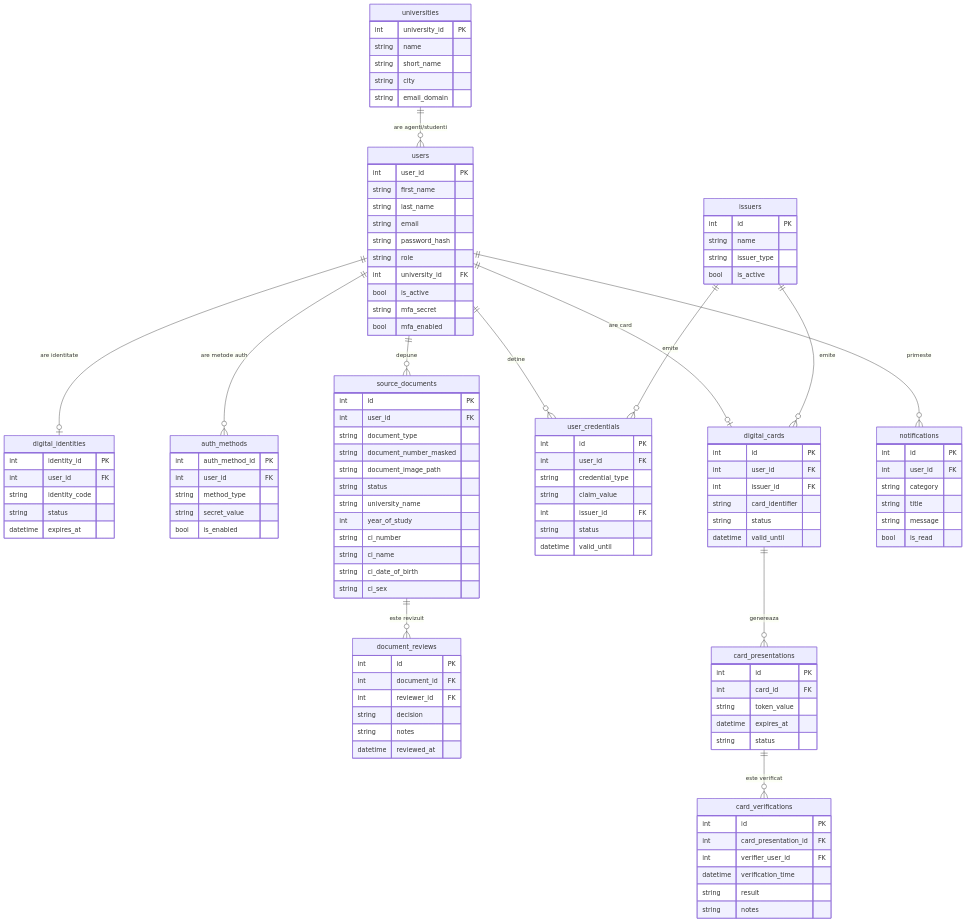
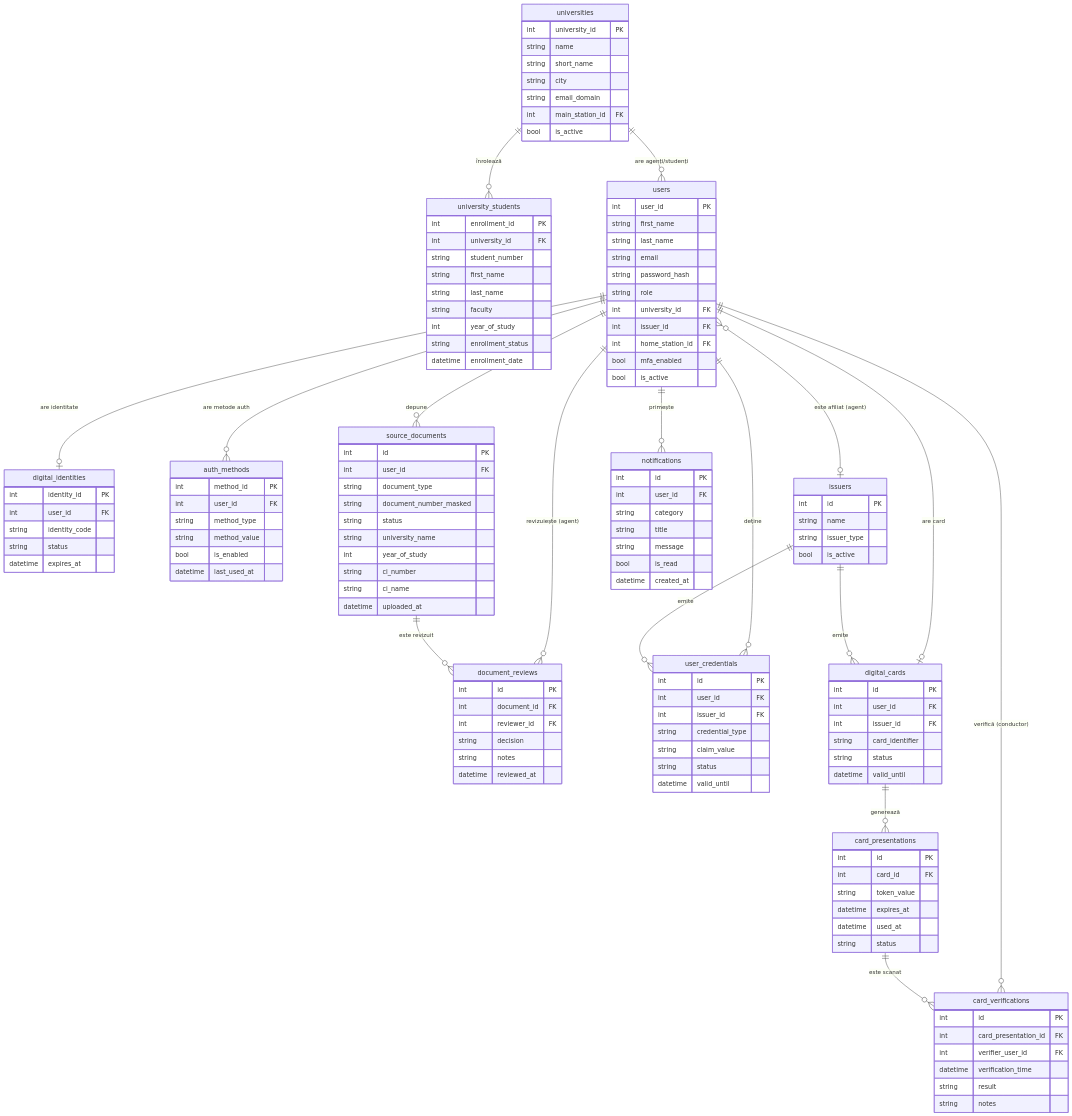
The second of 5 diagrams in docs/er-diagram.md (anaobreja/LICENTA), drawn with Mermaid before and after one commit. The commit also changed other lines of this file and 4 other files, not shown here.

First line of the commit message:
docs: complete overhaul of diagrams to match real schema (25 tables, 4 modules)

````diff
--- a/docs/er-diagram.md
+++ b/docs/er-diagram.md
@@ -10,6 +63,20 @@
         string short_name
         string city
         string email_domain
+        int main_station_id FK
+        bool is_active
+    }
+
+    university_students {
+        int enrollment_id PK
+        int university_id FK
+        string student_number
+        string first_name
+        string last_name
+        string faculty
+        int year_of_study
+        string enrollment_status
+        datetime enrollment_date
     }
 
     users {
@@ -20,9 +87,10 @@
         string password_hash
         string role
         int university_id FK
+        int issuer_id FK
+        int home_station_id FK
+        bool mfa_enabled
         bool is_active
-        string mfa_secret
-        bool mfa_enabled
     }
 
     digital_identities {
@@ -34,11 +102,19 @@
     }
 
     auth_methods {
-        int auth_method_id PK
+        int method_id PK
         int user_id FK
         string method_type
-        string secret_value
+        string method_value
         bool is_enabled
+        datetime last_used_at
+    }
+
+    issuers {
+        int id PK
+        string name
+        string issuer_type
+        bool is_active
     }
 
     source_documents {
@@ -46,14 +122,12 @@
         int user_id FK
         string document_type
         string document_number_masked
-        string document_image_path
         string status
         string university_name
         int year_of_study
         string ci_number
         string ci_name
-        string ci_date_of_birth
-        string ci_sex
+        datetime uploaded_at
     }
 
     document_reviews {
@@ -65,19 +139,12 @@
         datetime reviewed_at
     }
 
-    issuers {
-        int id PK
-        string name
-        string issuer_type
-        bool is_active
-    }
-
     user_credentials {
         int id PK
         int user_id FK
+        int issuer_id FK
         string credential_type
         string claim_value
-        int issuer_id FK
         string status
         datetime valid_until
     }
@@ -96,6 +163,7 @@
         int card_id FK
         string token_value
         datetime expires_at
+        datetime used_at
         string status
     }
 
@@ -115,18 +183,23 @@
         string title
         string message
         bool is_read
+        datetime created_at
     }
 
-    universities ||--o{ users : "are agenti/studenti"
+    universities ||--o{ university_students : "înrolează"
+    universities ||--o{ users : "are agenți/studenți"
     users ||--o| digital_identities : "are identitate"
     users ||--o{ auth_methods : "are metode auth"
     users ||--o{ source_documents : "depune"
-    users ||--o{ user_credentials : "detine"
+    users ||--o{ document_reviews : "revizuiește (agent)"
+    users ||--o{ user_credentials : "deține"
     users ||--o| digital_cards : "are card"
-    users ||--o{ notifications : "primeste"
-    source_documents ||--o{ document_reviews : "este revizuit"
+    users ||--o{ card_verifications : "verifică (conductor)"
+    users ||--o{ notifications : "primește"
+    users }o--o| issuers : "este afiliat (agent)"
     issuers ||--o{ user_credentials : "emite"
     issuers ||--o{ digital_cards : "emite"
-    digital_cards ||--o{ card_presentations : "genereaza"
-    card_presentations ||--o{ card_verifications : "este verificat"
+    source_documents ||--o{ document_reviews : "este revizuit"
+    digital_cards ||--o{ card_presentations : "generează"
+    card_presentations ||--o{ card_verifications : "este scanat"
 ```
````
